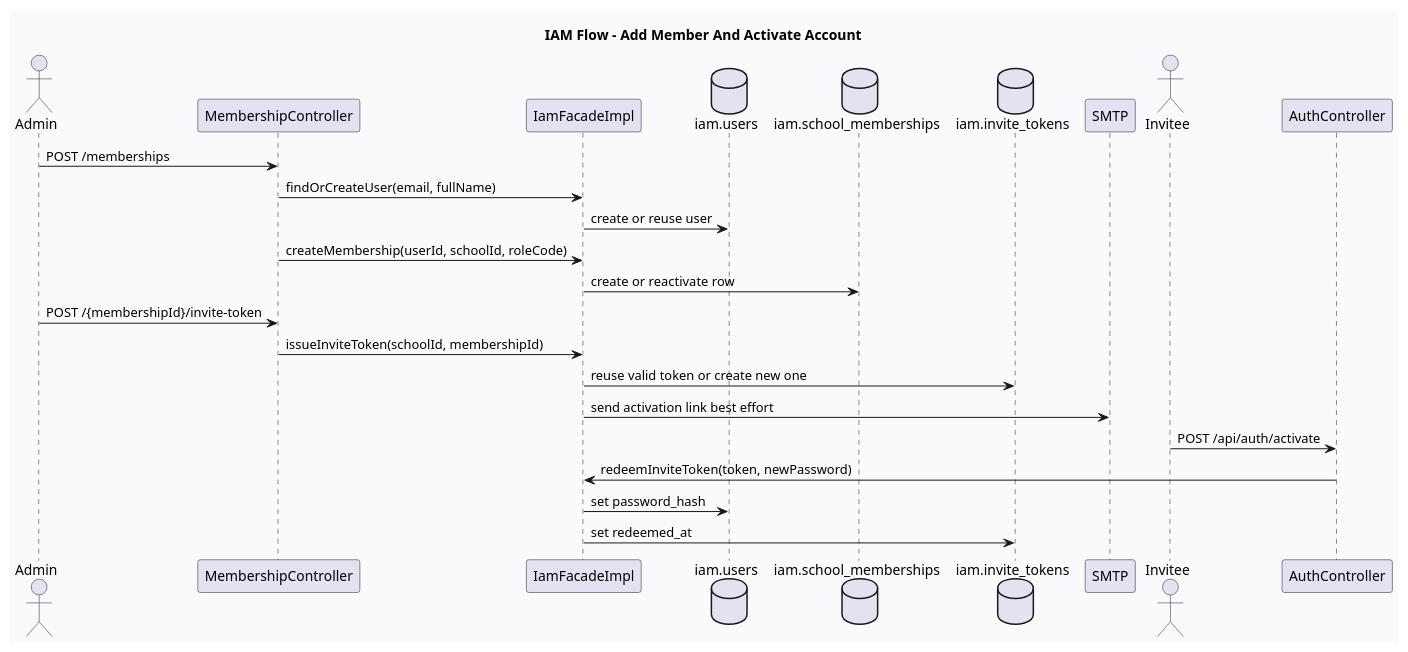
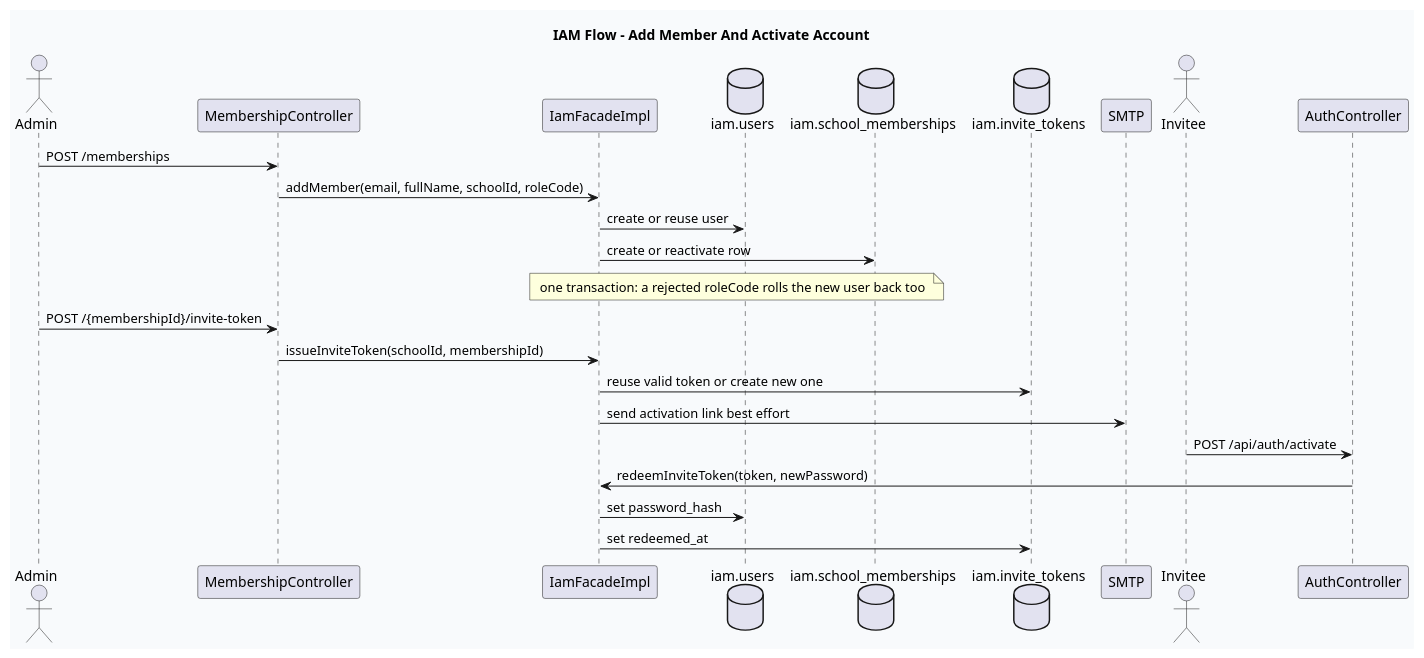
One commit to MEYSAMgh1370/school-project changed the sixth of 6 diagrams in openspec/diagrams/iam-c4.puml. Above: the diagram before and after it, drawn with PlantUML. The commit also changed 5 other files, not shown here.

```diff
--- a/openspec/diagrams/iam-c4.puml
+++ b/openspec/diagrams/iam-c4.puml
@@ -270,33 +270,33 @@
 @startuml iam_c4_member_invite_activation
 title IAM Flow - Add Member And Activate Account
 
 skinparam shadowing false
 skinparam backgroundColor #F8FAFC
 skinparam defaultFontName Arial
 
 actor Admin
 participant MembershipController
 participant IamFacadeImpl
 database "iam.users" as Users
 database "iam.school_memberships" as Memberships
 database "iam.invite_tokens" as Invites
 participant SMTP
 actor Invitee
 participant AuthController
 
 Admin -> MembershipController : POST /memberships
-MembershipController -> IamFacadeImpl : findOrCreateUser(email, fullName)
+MembershipController -> IamFacadeImpl : addMember(email, fullName, schoolId, roleCode)
 IamFacadeImpl -> Users : create or reuse user
-MembershipController -> IamFacadeImpl : createMembership(userId, schoolId, roleCode)
 IamFacadeImpl -> Memberships : create or reactivate row
+note over IamFacadeImpl, Memberships : one transaction: a rejected roleCode rolls the new user back too
 
 Admin -> MembershipController : POST /{membershipId}/invite-token
 MembershipController -> IamFacadeImpl : issueInviteToken(schoolId, membershipId)
 IamFacadeImpl -> Invites : reuse valid token or create new one
 IamFacadeImpl -> SMTP : send activation link best effort
 
 Invitee -> AuthController : POST /api/auth/activate
 AuthController -> IamFacadeImpl : redeemInviteToken(token, newPassword)
 IamFacadeImpl -> Users : set password_hash
 IamFacadeImpl -> Invites : set redeemed_at
 @enduml
```
